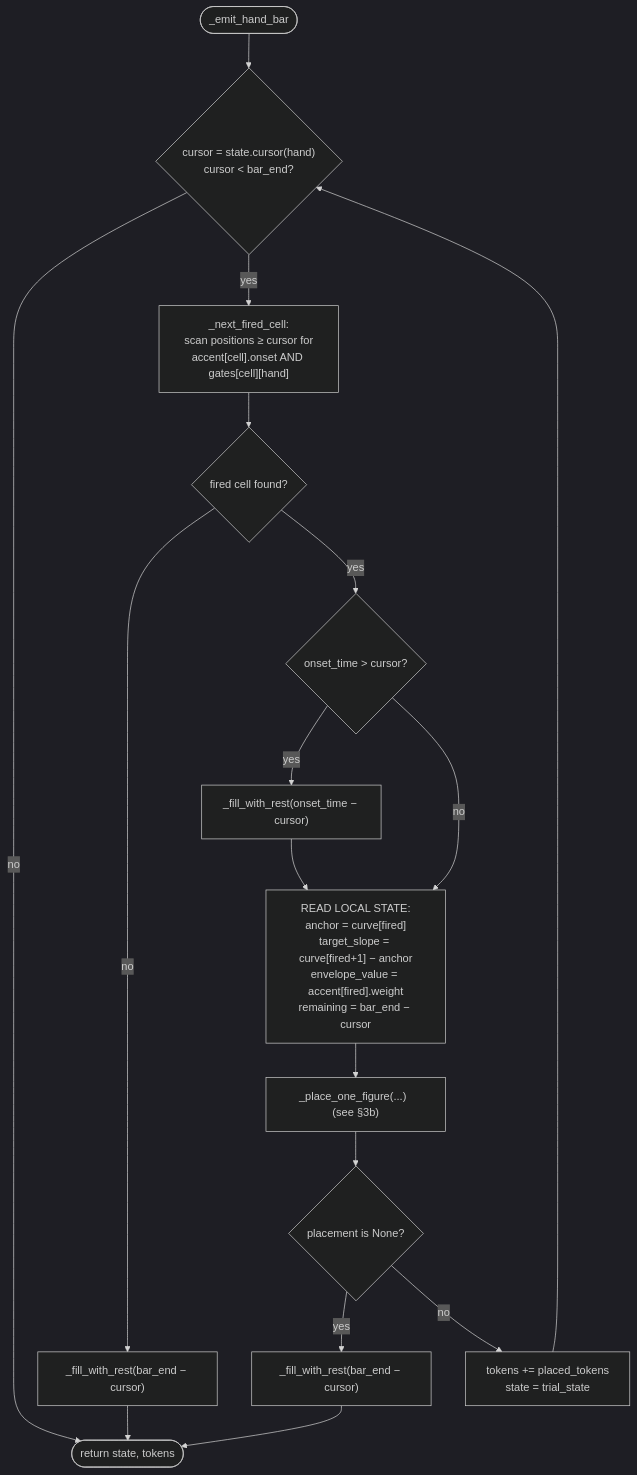
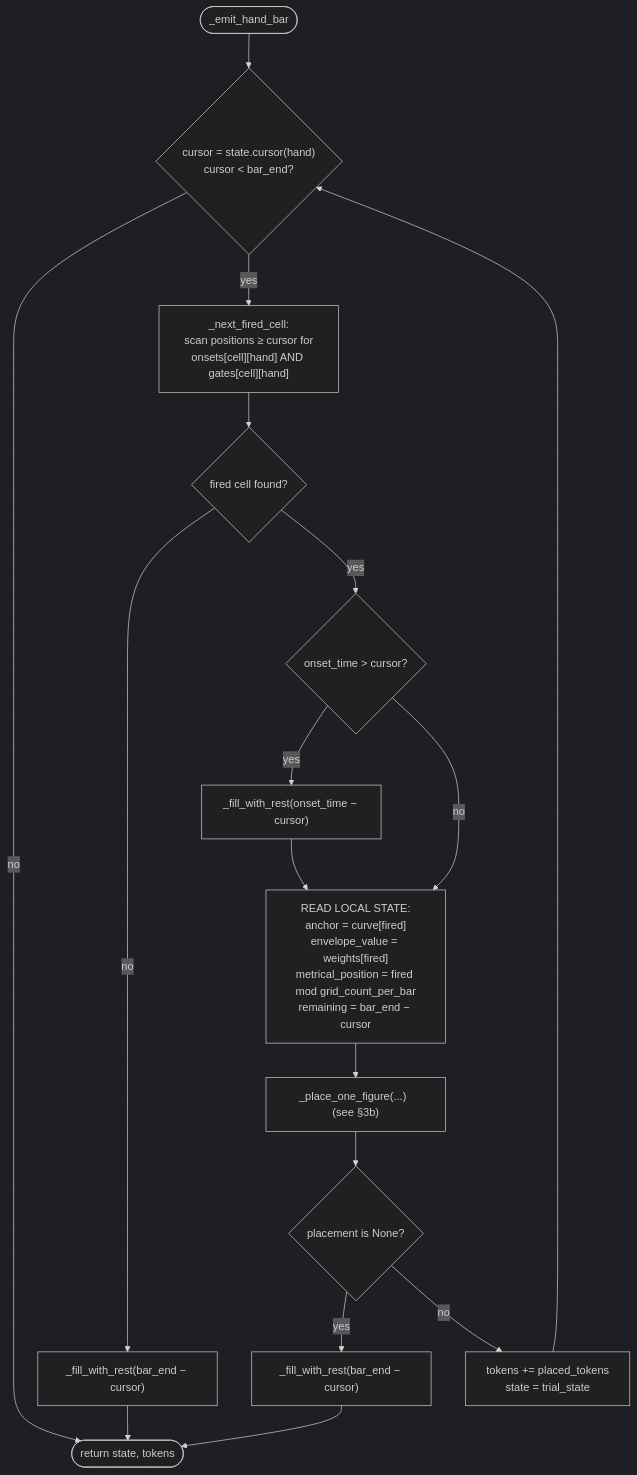
One commit to JakimPL/Musak changed the fifth of 7 diagrams in docs/generator-model.md. Above: the diagram before and after it, drawn with Mermaid (dark theme). The commit also changed other lines of this file and 6 other files, not shown here.

````diff
--- a/docs/generator-model.md
+++ b/docs/generator-model.md
@@ -197,16 +218,16 @@
 ```mermaid
 flowchart TB
   s([_emit_hand_bar]) --> w{"cursor = state.cursor(hand)<br/>cursor < bar_end?"}
   w -- no --> done([return state, tokens])
-  w -- yes --> nf["_next_fired_cell:<br/>scan positions ≥ cursor for<br/>accent[cell].onset AND gates[cell][hand]"]
+  w -- yes --> nf["_next_fired_cell:<br/>scan positions ≥ cursor for<br/>onsets[cell][hand] AND gates[cell][hand]"]
   nf --> hascell{"fired cell found?"}
   hascell -- no --> restfill1["_fill_with_rest(bar_end − cursor)"] --> done
   hascell -- yes --> gap{"onset_time > cursor?"}
   gap -- yes --> restgap["_fill_with_rest(onset_time − cursor)"]
   gap -- no --> read
-  restgap --> read["READ LOCAL STATE:<br/>anchor = curve[fired]<br/>target_slope = curve[fired+1] − anchor<br/>envelope_value = accent[fired].weight<br/>remaining = bar_end − cursor"]
+  restgap --> read["READ LOCAL STATE:<br/>anchor = curve[fired]<br/>envelope_value = weights[fired]<br/>metrical_position = fired mod grid_count_per_bar<br/>remaining = bar_end − cursor"]
   read --> place["_place_one_figure(...)  (see §3b)"]
   place --> ok{"placement is None?"}
   ok -- yes --> restfill2["_fill_with_rest(bar_end − cursor)"] --> done
   ok -- no --> append["tokens += placed_tokens<br/>state = trial_state"] --> w
 ```
````
